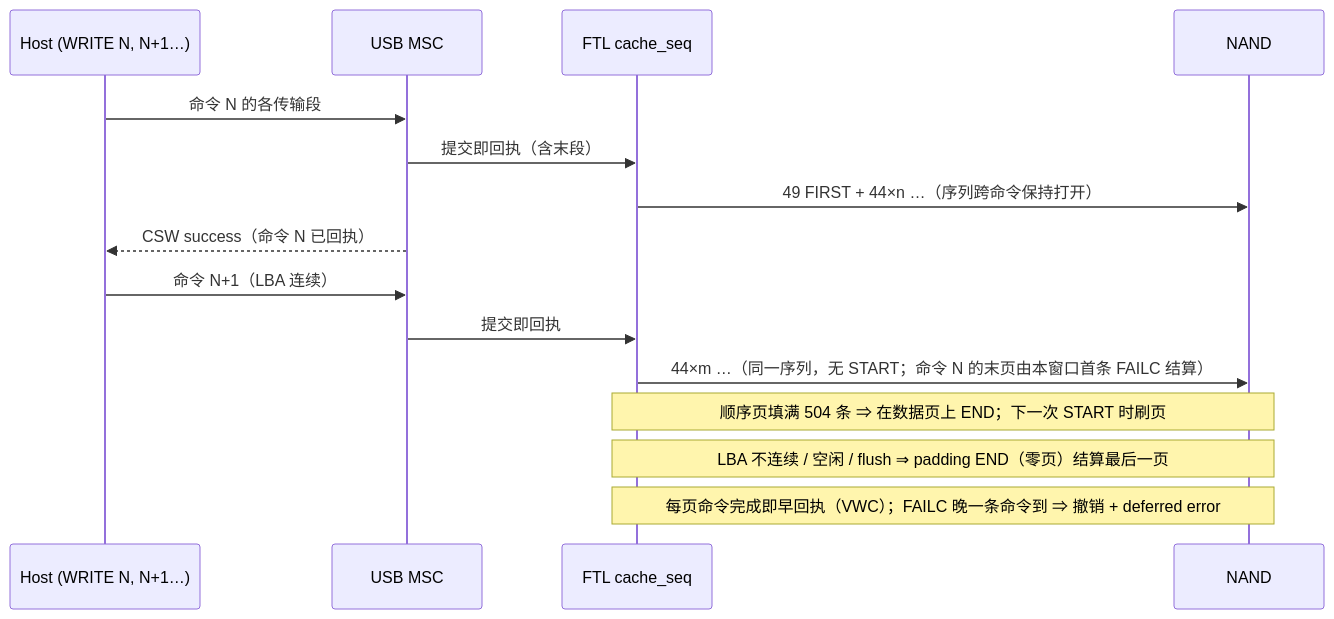
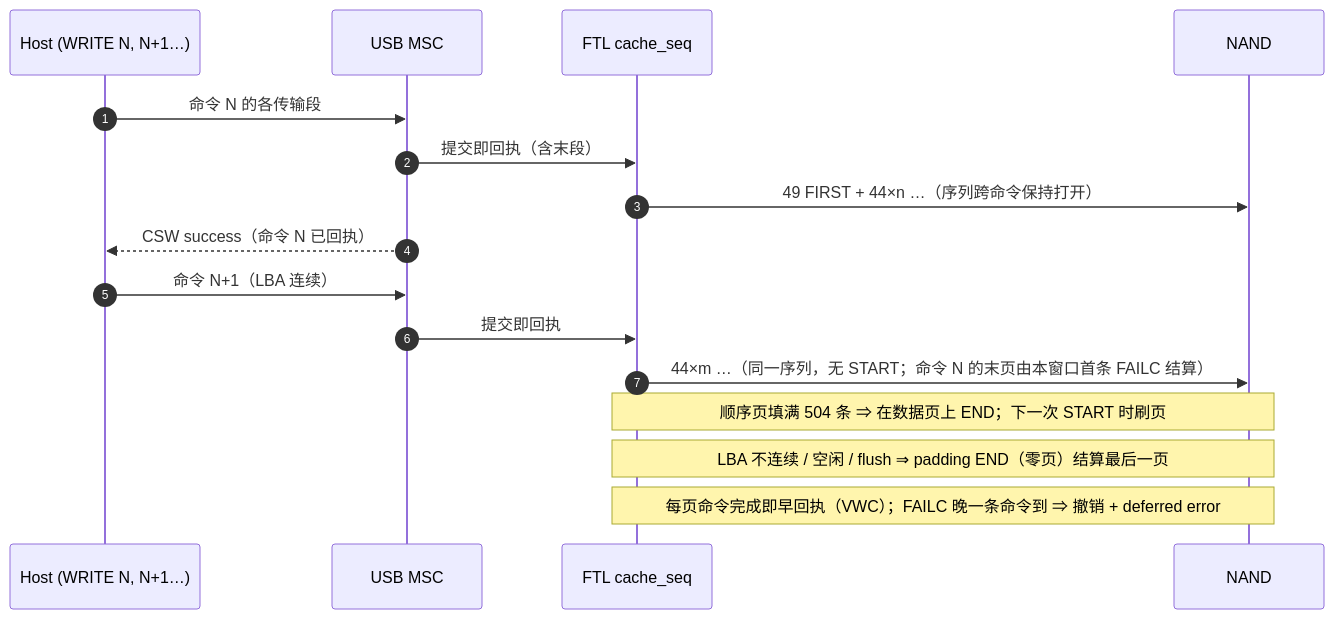
One commit to YzYMIAO/BASESSD changed diagram 40 of 50 in docs/design/ftl_design.md. Above: the diagram before and after it, drawn with Mermaid. The commit also changed other lines of this file and 42 other files, not shown here.

````diff
--- a/docs/design/ftl_design.md
+++ b/docs/design/ftl_design.md
@@ -4286,17 +4601,18 @@
 ```mermaid
 sequenceDiagram
  participant H as Host (WRITE N, N+1…)
+    autonumber
  participant U as USB MSC
  participant F as FTL cache_seq
  participant N as NAND
  H->>U: 命令 N 的各传输段
  U->>F: 提交即回执（含末段）
  F->>N: 49 FIRST + 44×n …（序列跨命令保持打开）
  U-->>H: CSW success（命令 N 已回执）
  H->>U: 命令 N+1（LBA 连续）
  U->>F: 提交即回执
  F->>N: 44×m …（同一序列，无 START；命令 N 的末页由本窗口首条 FAILC 结算）
  Note over F,N: 顺序页填满 504 条 ⇒ 在数据页上 END；下一次 START 时刷页
  Note over F,N: LBA 不连续 / 空闲 / flush ⇒ padding END（零页）结算最后一页
  Note over F,N: 每页命令完成即早回执（VWC）；FAILC 晚一条命令到 ⇒ 撤销 + deferred error
 ```
````
